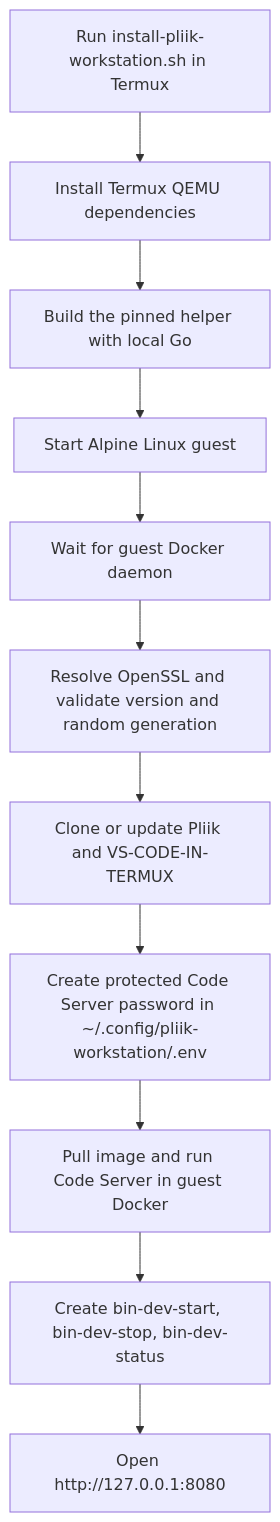
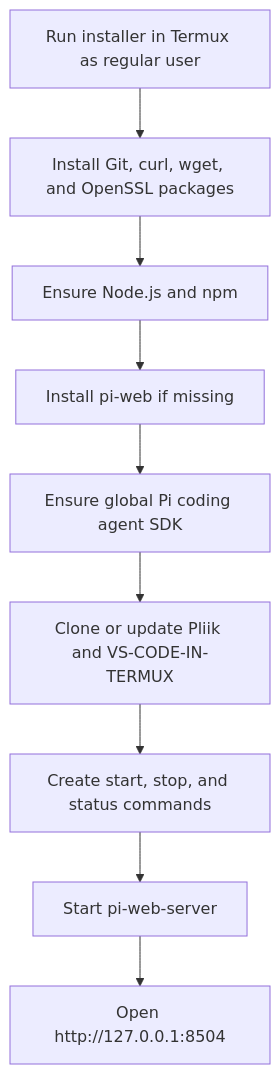
Before and after one commit to mutualendemic/pliik: the second of 2 diagrams in ARCHITECTURE.md, drawn with Mermaid. The commit also changed other lines of this file and 2 other files, not shown here.

Commit message:
Fix Termux pi-web dependency setup

````diff
--- a/ARCHITECTURE.md
+++ b/ARCHITECTURE.md
@@ -44,16 +34,14 @@
 ```mermaid
 flowchart TD
-    Start[Run install-pliik-workstation.sh in Termux]
-    Dependencies[Install Termux QEMU dependencies]
-    Helper[Build the pinned helper with local Go]
-    Guest[Start Alpine Linux guest]
-    Docker[Wait for guest Docker daemon]
-    OpenSSL[Resolve OpenSSL and validate version and random generation]
+    Start[Run installer in Termux as regular user]
+    Base[Install Git, curl, wget, and OpenSSL packages]
+    Runtime[Ensure Node.js and npm]
+    PiWeb[Install pi-web if missing]
+    SDK[Ensure global Pi coding agent SDK]
     Checkout[Clone or update Pliik and VS-CODE-IN-TERMUX]
-    Secret[Create protected Code Server password in ~/.config/pliik-workstation/.env]
-    Deploy[Pull image and run Code Server in guest Docker]
-    Commands[Create bin-dev-start, bin-dev-stop, bin-dev-status]
-    Ready[Open http://127.0.0.1:8080]
+    Commands[Create start, stop, and status commands]
+    Server[Start pi-web-server]
+    Ready[Open http://127.0.0.1:8504]
 
-    Start --> Dependencies --> Helper --> Guest --> Docker --> OpenSSL --> Checkout --> Secret --> Deploy --> Commands --> Ready
+    Start --> Base --> Runtime --> PiWeb --> SDK --> Checkout --> Commands --> Server --> Ready
 ```
````
